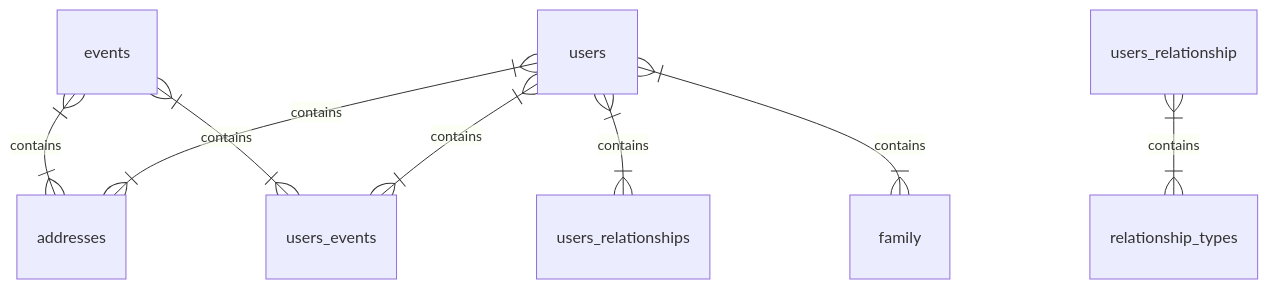
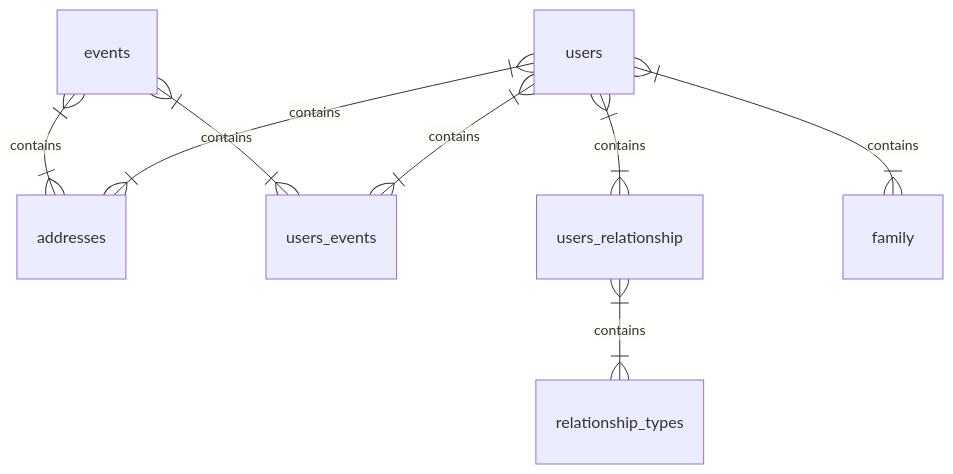
The first of 2 diagrams in README.md (ChrisUno/Childcare), drawn with Mermaid before and after one commit.

````diff
--- a/README.md
+++ b/README.md
@@ -33,11 +33,11 @@
 ``` mermaid
 erDiagram
 
           events }|--|{ addresses : "contains"
           events }|--|{ users_events : "contains"
           users }|--|{ users_events : "contains"
           users }|--|{ addresses : "contains"
-          users }|--|{ users_relationships : "contains"
+          users }|--|{ users_relationship : "contains"
           users_relationship }|--|{ relationship_types : "contains"
           users }|--|{ family : "contains"
 ```
````
